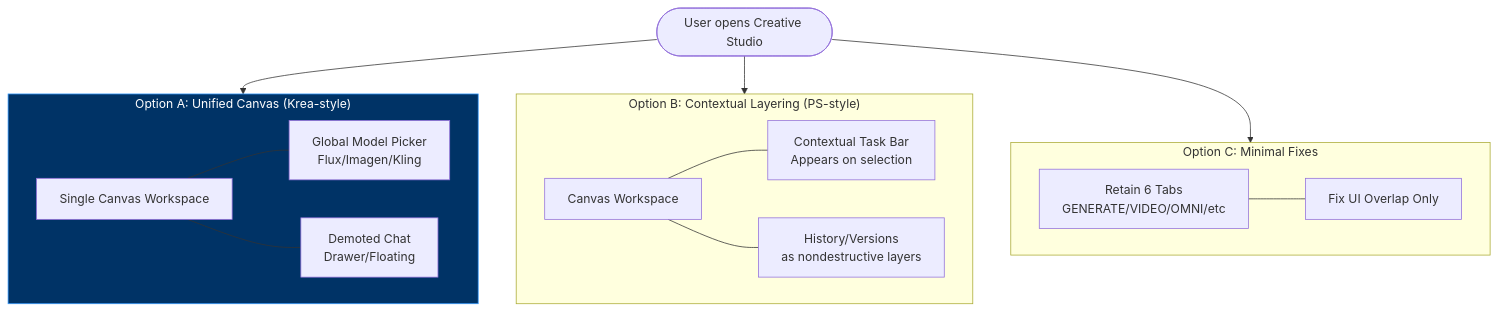
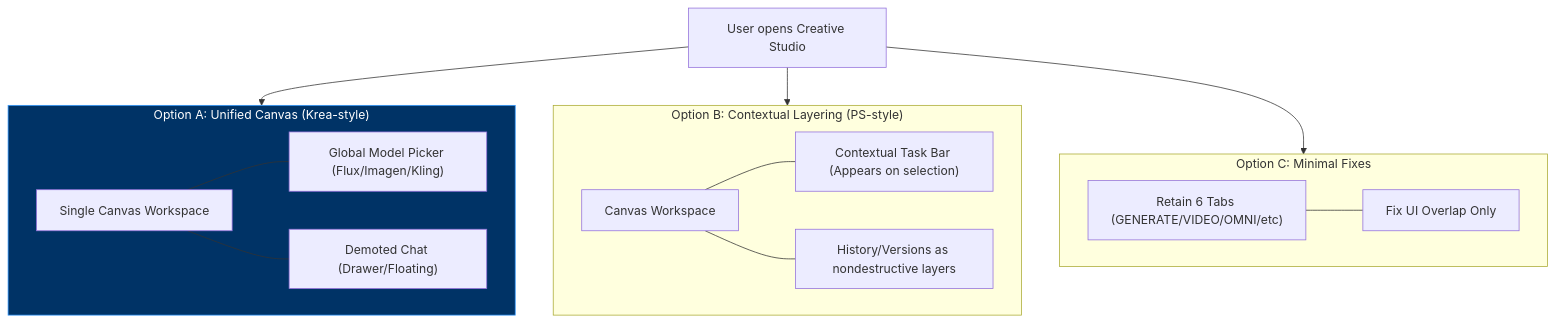
One commit to indii-music-founder/indii-music-founder changed the diagram in docs/flowcharts/IA-consolidation-macro.md. Above: the diagram before and after it, drawn with Mermaid. The commit also changed other lines of this file and 4 other files, not shown here.

````diff
--- a/docs/flowcharts/IA-consolidation-macro.md
+++ b/docs/flowcharts/IA-consolidation-macro.md
@@ -3,36 +3,36 @@
 ```mermaid
 flowchart TD
     %% Base entry points
-    Start([User opens Creative Studio])
+    Start["User opens Creative Studio"]
     
     %% Option A: Krea-style
     subgraph OptionA["Option A: Unified Canvas (Krea-style)"]
-        CanvasA[Single Canvas Workspace]
-        ModelPicker[Global Model Picker<br>Flux/Imagen/Kling]
+        CanvasA["Single Canvas Workspace"]
+        ModelPicker["Global Model Picker (Flux/Imagen/Kling)"]
         CanvasA --- ModelPicker
-        CanvasA --- ChatA[Demoted Chat<br>Drawer/Floating]
+        CanvasA --- ChatA["Demoted Chat (Drawer/Floating)"]
     end
     
     %% Option B: Photoshop-style
     subgraph OptionB["Option B: Contextual Layering (PS-style)"]
-        CanvasB[Canvas Workspace]
-        ContextBar[Contextual Task Bar<br>Appears on selection]
-        Layers[History/Versions<br>as nondestructive layers]
+        CanvasB["Canvas Workspace"]
+        ContextBar["Contextual Task Bar (Appears on selection)"]
+        Layers["History/Versions as nondestructive layers"]
         CanvasB --- ContextBar
         CanvasB --- Layers
     end
 
     %% Option C: Minimal
     subgraph OptionC["Option C: Minimal Fixes"]
-        Tabs[Retain 6 Tabs<br>GENERATE/VIDEO/OMNI/etc]
-        OverlapFix[Fix UI Overlap Only]
+        Tabs["Retain 6 Tabs (GENERATE/VIDEO/OMNI/etc)"]
+        OverlapFix["Fix UI Overlap Only"]
         Tabs --- OverlapFix
     end
 
     Start --> OptionA
     Start --> OptionB
     Start --> OptionC
 
     classDef recommended fill:#003366,stroke:#3399ff,color:#fff
     class OptionA recommended
 ```
````
